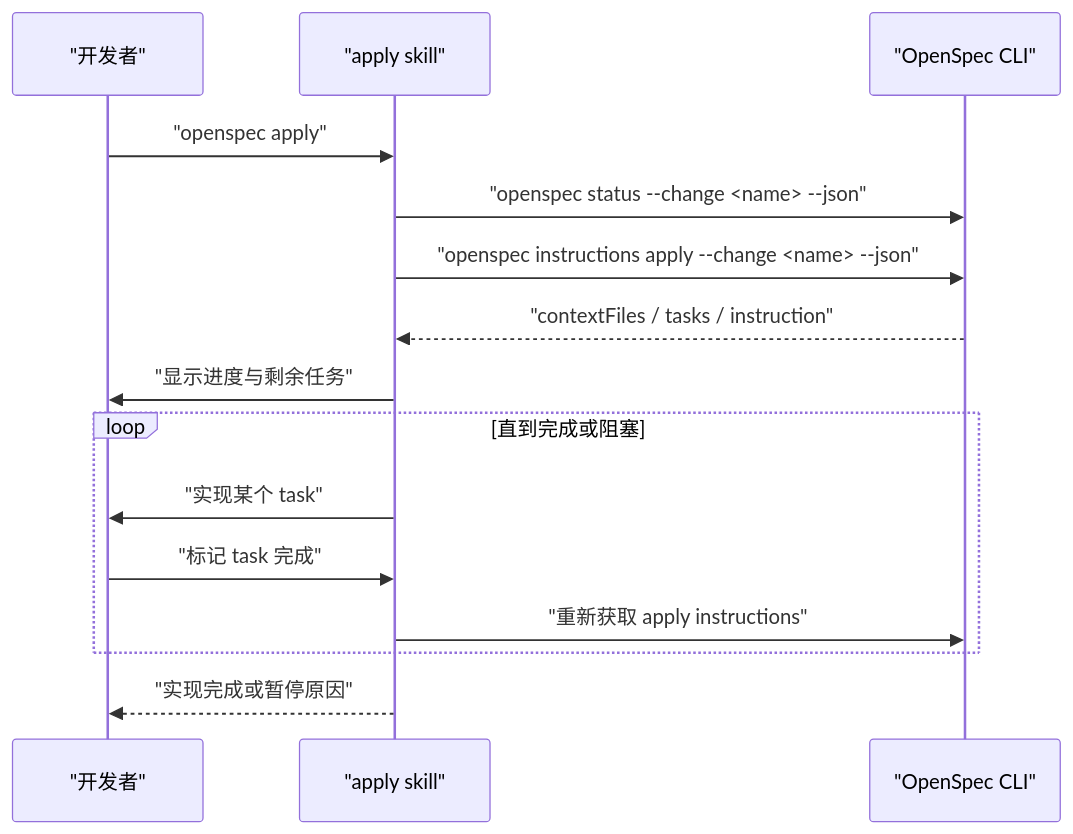
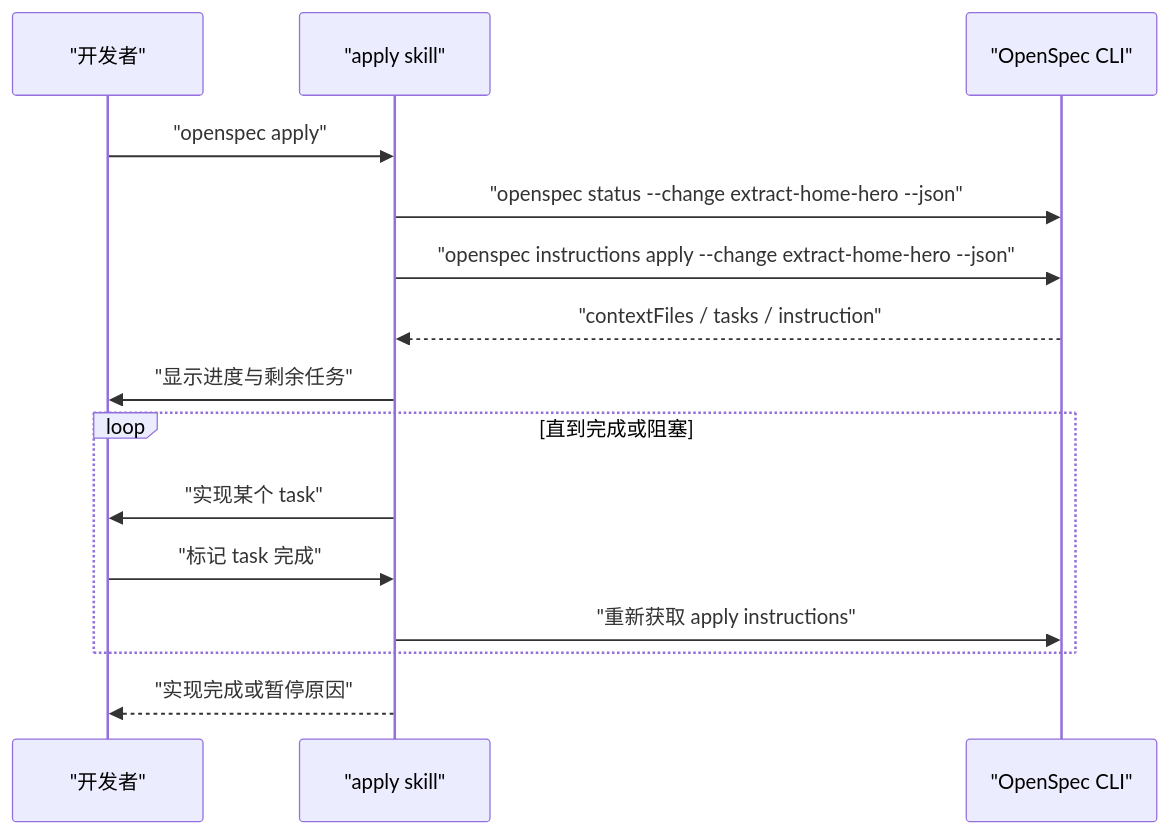
The seventh of 9 diagrams in .qoder/repowiki/zh/content/规格驱动开发/OpenSpec 工具使用.md (luyitiger6/my-first-project), drawn with Mermaid before and after one commit. The commit also changed other lines of this file and 11 other files, not shown here.

````diff
--- a/.qoder/repowiki/zh/content/规格驱动开发/OpenSpec 工具使用.md
+++ b/.qoder/repowiki/zh/content/规格驱动开发/OpenSpec 工具使用.md
@@ -228,17 +291,17 @@
 ```mermaid
 sequenceDiagram
 participant Dev as "开发者"
 participant Skill as "apply skill"
 participant CLI as "OpenSpec CLI"
 Dev->>Skill : "openspec apply"
-Skill->>CLI : "openspec status --change <name> --json"
-Skill->>CLI : "openspec instructions apply --change <name> --json"
+Skill->>CLI : "openspec status --change extract-home-hero --json"
+Skill->>CLI : "openspec instructions apply --change extract-home-hero --json"
 CLI-->>Skill : "contextFiles / tasks / instruction"
 Skill->>Dev : "显示进度与剩余任务"
 loop 直到完成或阻塞
 Skill->>Dev : "实现某个 task"
 Dev->>Skill : "标记 task 完成"
 Skill->>CLI : "重新获取 apply instructions"
 end
 Skill-->>Dev : "实现完成或暂停原因"
 ```
````
